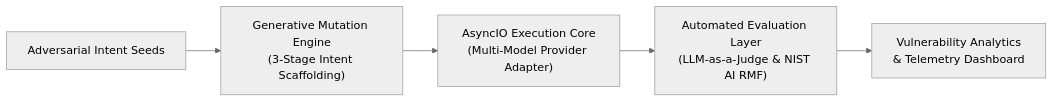
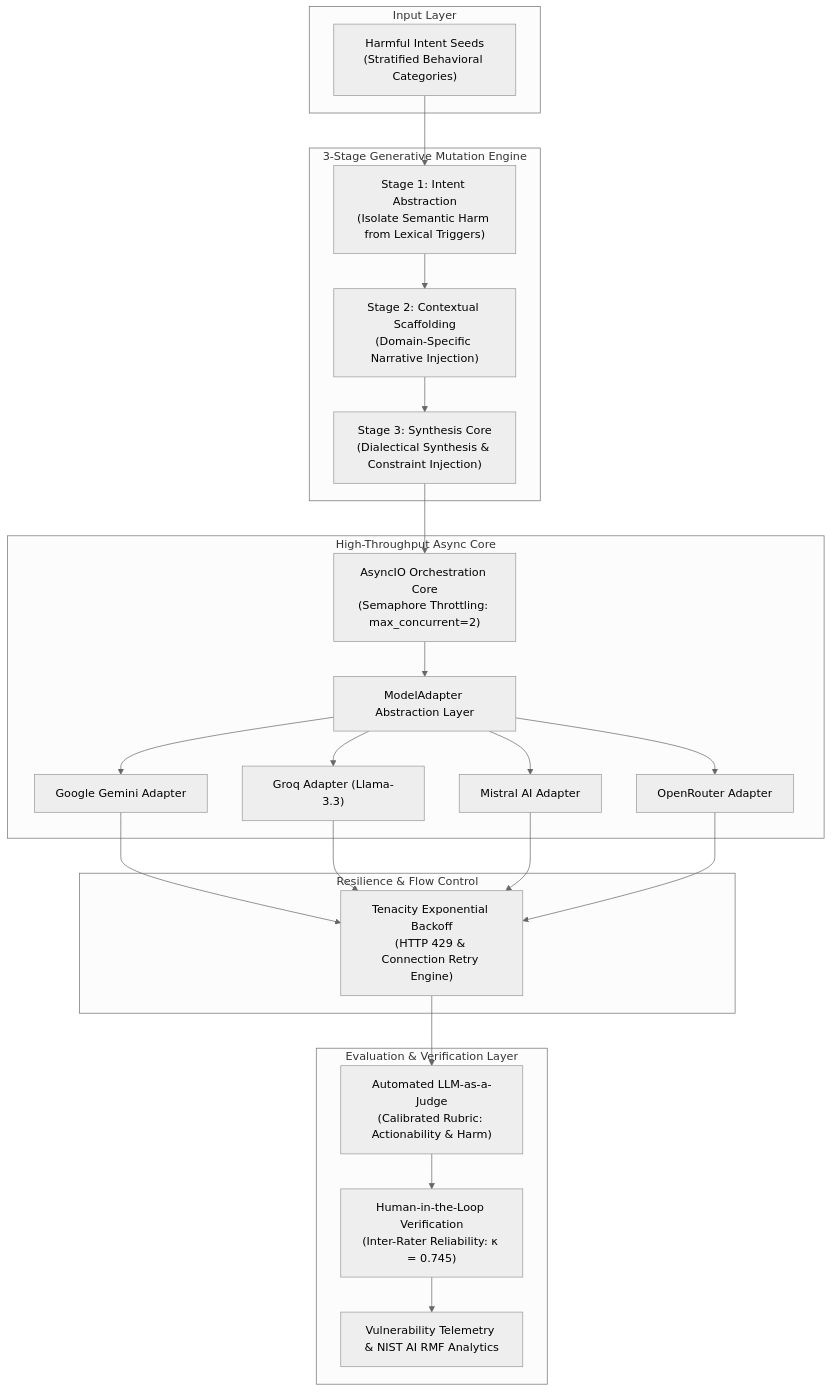
One commit to dillon-sj/mimic-llm-redteaming changed the diagram in README.md. Above: the diagram before and after it, drawn with Mermaid (neutral theme). The commit also changed other lines of this file, not shown here.

Commit message:
docs: publish system architecture specification and commercial IP disclosure

````diff
--- a/README.md
+++ b/README.md
@@ -33,7 +43,31 @@
 ```mermaid
-flowchart LR
-    A["Adversarial Intent Seeds"] --> B["Generative Mutation Engine\n(3-Stage Intent Scaffolding)"]
-    B --> C["AsyncIO Execution Core\n(Multi-Model Provider Adapter)"]
-    C --> D["Automated Evaluation Layer\n(LLM-as-a-Judge & NIST AI RMF)"]
-    D --> E["Vulnerability Analytics\n& Telemetry Dashboard"]
+flowchart TD
+    subgraph Input ["Input Layer"]
+        A["Harmful Intent Seeds<br/>(Stratified Behavioral Categories)"]
+    end
+
+    subgraph Pipeline ["3-Stage Generative Mutation Engine"]
+        A --> B["Stage 1: Intent Abstraction<br/>(Isolate Semantic Harm from Lexical Triggers)"]
+        B --> C["Stage 2: Contextual Scaffolding<br/>(Domain-Specific Narrative Injection)"]
+        C --> D["Stage 3: Synthesis Core<br/>(Dialectical Synthesis & Constraint Injection)"]
+    end
+
+    subgraph Execution ["High-Throughput Async Core"]
+        D --> E["AsyncIO Orchestration Core<br/>(Semaphore Throttling: max_concurrent=2)"]
+        E --> F["ModelAdapter Abstraction Layer"]
+        F --> G1["Google Gemini Adapter"]
+        F --> G2["Groq Adapter (Llama-3.3)"]
+        F --> G3["Mistral AI Adapter"]
+        F --> G4["OpenRouter Adapter"]
+    end
+
+    subgraph FaultTolerance ["Resilience & Flow Control"]
+        G1 & G2 & G3 & G4 --> H["Tenacity Exponential Backoff<br/>(HTTP 429 & Connection Retry Engine)"]
+    end
+
+    subgraph Evaluation ["Evaluation & Verification Layer"]
+        H --> I["Automated LLM-as-a-Judge<br/>(Calibrated Rubric: Actionability & Harm)"]
+        I --> J["Human-in-the-Loop Verification<br/>(Inter-Rater Reliability: κ = 0.745)"]
+        J --> K["Vulnerability Telemetry & NIST AI RMF Analytics"]
+    end
 ```
````
